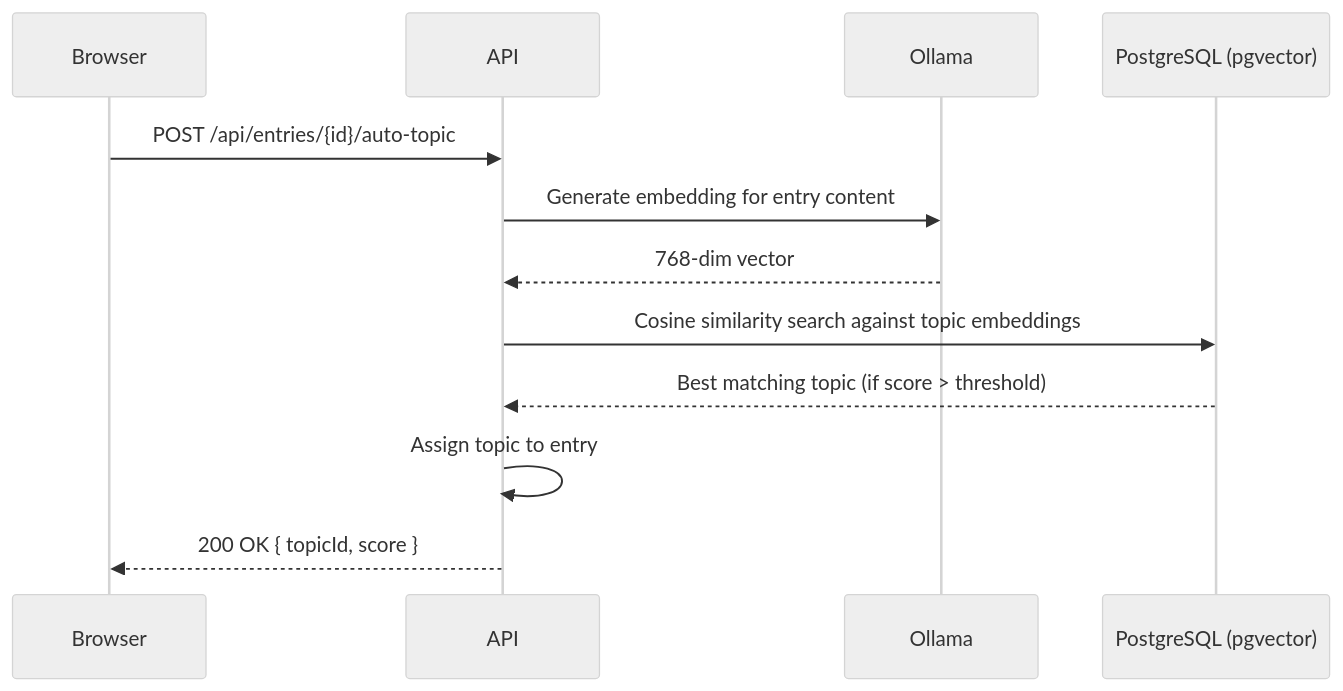
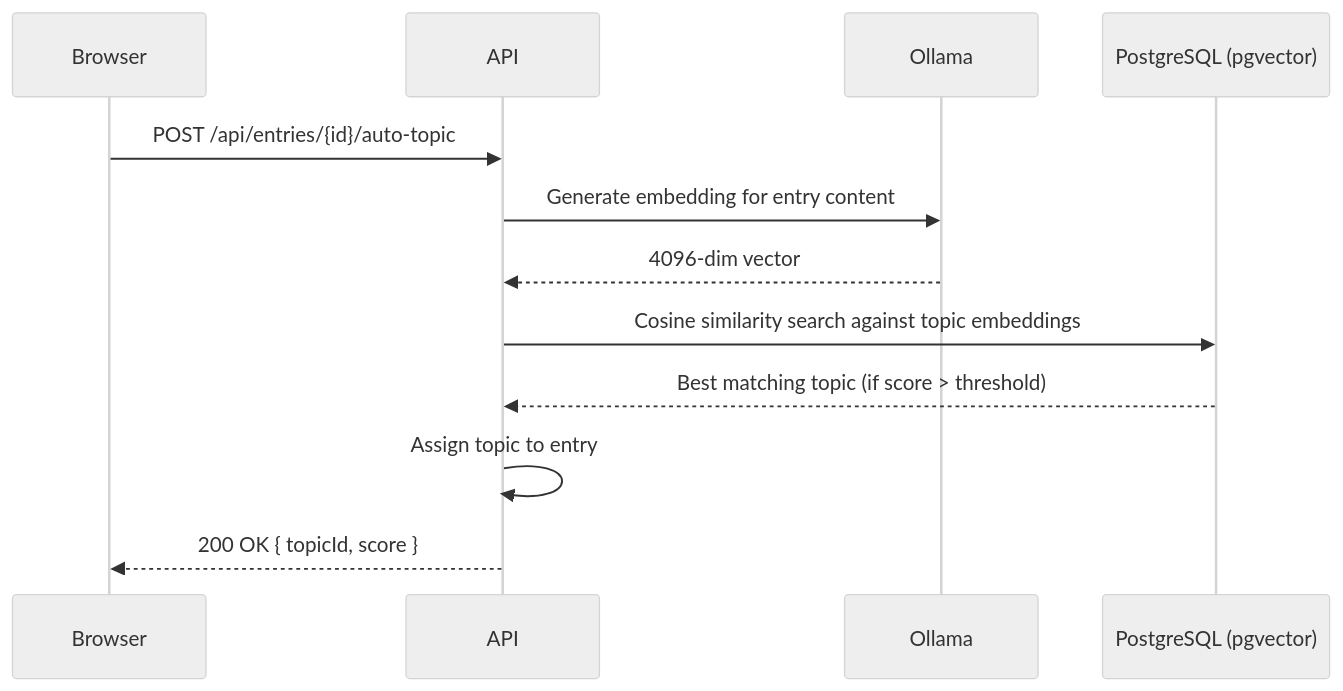
One commit to nikeon6/app-neuraal changed the fifth of 6 diagrams in docs/design.md. Above: the diagram before and after it, drawn with Mermaid (neutral theme). The commit also changed other lines of this file and 32 other files, not shown here.

````diff
--- a/docs/design.md
+++ b/docs/design.md
@@ -519,15 +519,15 @@
 ```mermaid
 sequenceDiagram
     participant B as Browser
     participant A as API
     participant O as Ollama
     participant P as PostgreSQL (pgvector)
 
     B->>A: POST /api/entries/{id}/auto-topic
     A->>O: Generate embedding for entry content
-    O-->>A: 768-dim vector
+    O-->>A: 4096-dim vector
     A->>P: Cosine similarity search against topic embeddings
     P-->>A: Best matching topic (if score > threshold)
     A->>A: Assign topic to entry
     A-->>B: 200 OK { topicId, score }
 ```
````
